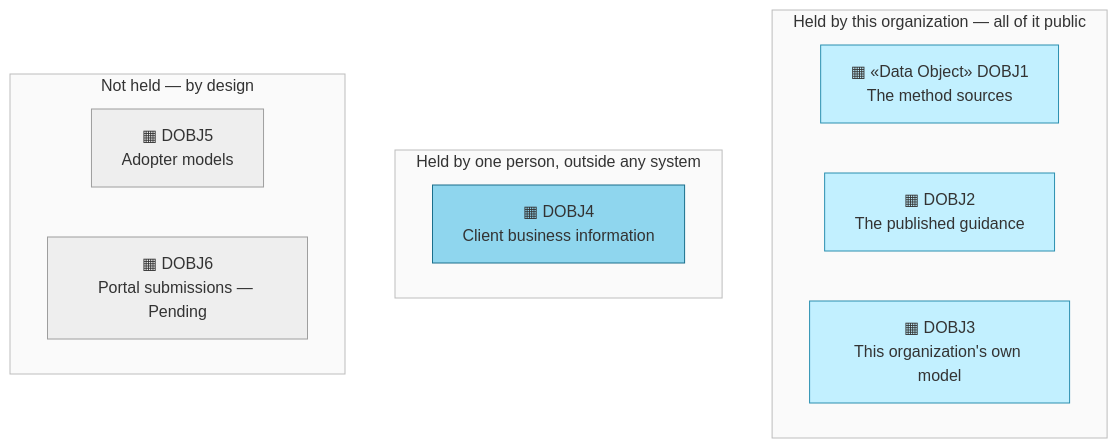
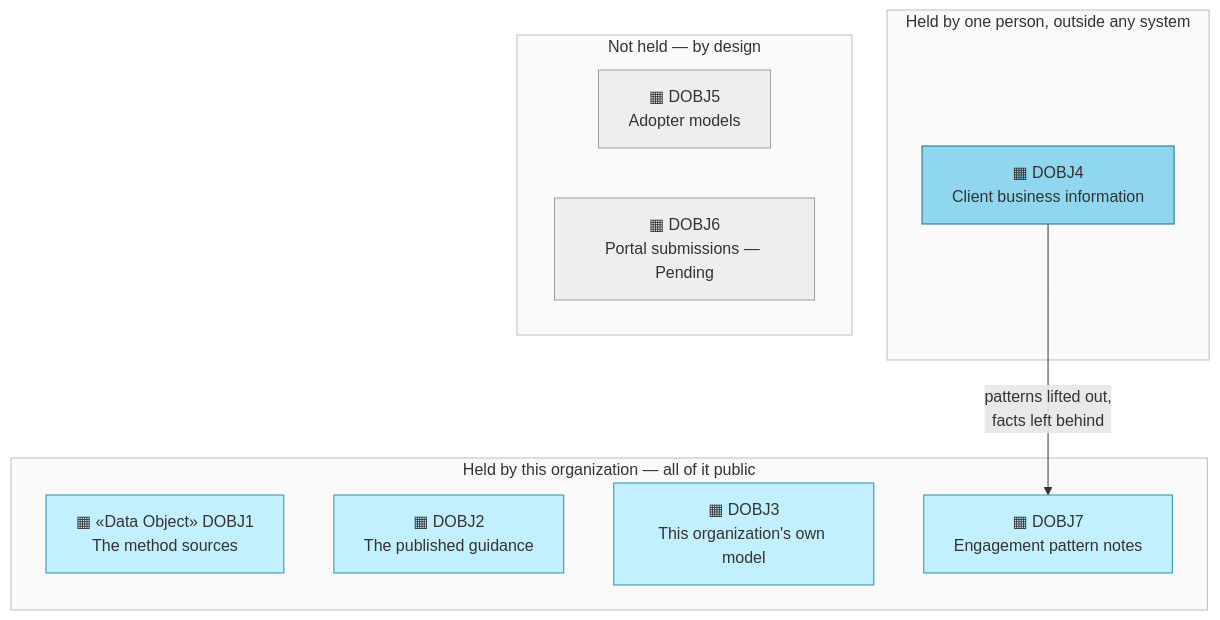
The second of 2 diagrams in organization/docs/ea/3_information/1_data-objects.md (roanboc/architecture-archreator), drawn with Mermaid before and after one commit. The commit also changed other lines of this file and 18 other files, not shown here.

````diff
--- a/organization/docs/ea/3_information/1_data-objects.md
+++ b/organization/docs/ea/3_information/1_data-objects.md
@@ -38,24 +38,27 @@
 ```mermaid
 flowchart TB
   subgraph HELD["Held by this organization — all of it public"]
     dobj1["▦ «Data Object» DOBJ1<br>The method sources"]:::data
     dobj2["▦ DOBJ2<br>The published guidance"]:::data
     dobj3["▦ DOBJ3<br>This organization's own model"]:::data
+    dobj7x["▦ DOBJ7<br>Engagement pattern notes"]:::data
   end
 
   subgraph PRIVATE["Held by one person, outside any system"]
     dobj4["▦ DOBJ4<br>Client business information"]:::confidential
   end
+
+  dobj4 -->|patterns lifted out,<br>facts left behind| dobj7x
 
   subgraph NOTHELD["Not held — by design"]
     dobj5["▦ DOBJ5<br>Adopter models"]:::absent
     dobj6["▦ DOBJ6<br>Portal submissions — Pending"]:::absent
   end
 
   classDef data fill:#c2f0ff,stroke:#2a8fb0,color:#333
   classDef confidential fill:#8fd6ee,stroke:#1a6f8c,color:#333
   classDef absent fill:#eeeeee,stroke:#9e9e9e,color:#333
   style HELD fill:#fafafa,stroke:#bdbdbd,color:#333
   style PRIVATE fill:#fafafa,stroke:#bdbdbd,color:#333
   style NOTHELD fill:#fafafa,stroke:#bdbdbd,color:#333
 ```
````
